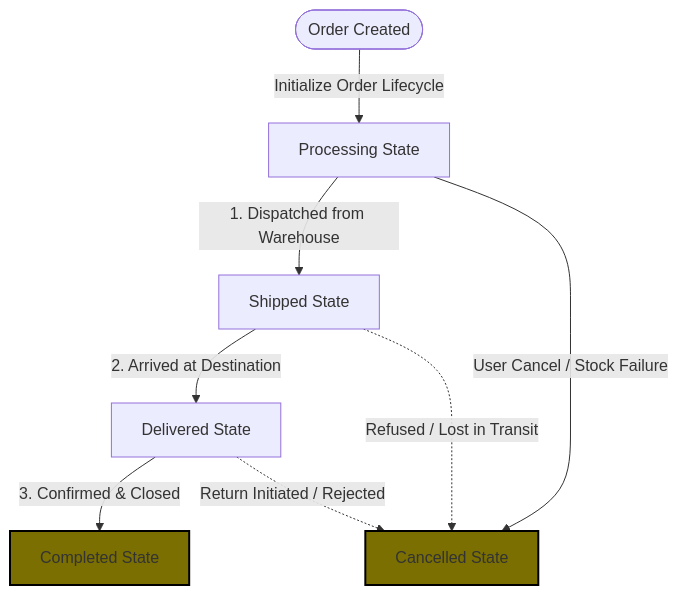
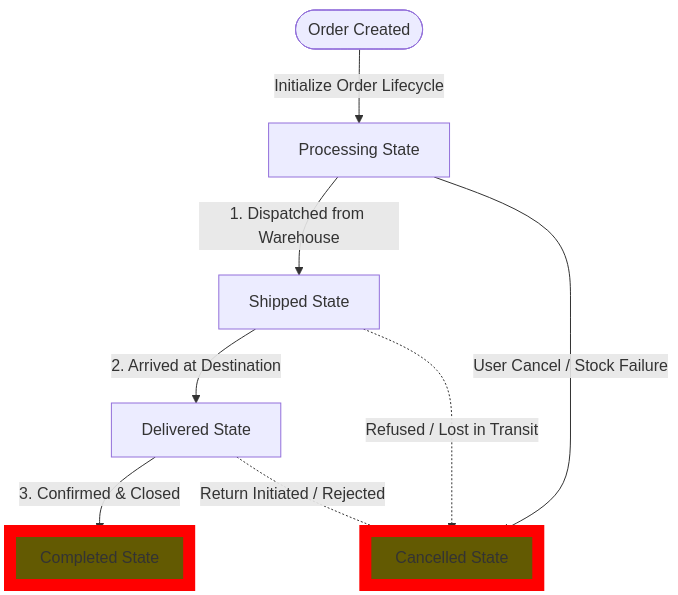
Before and after one commit to yewess97/Grace: the fifth of 11 diagrams in docs/11-project-workflow.md, drawn with Mermaid.

````diff
--- a/docs/11-project-workflow.md
+++ b/docs/11-project-workflow.md
@@ -204,26 +204,26 @@
 ```mermaid
 flowchart TD
     %% Nodes
     Start([Order Created])
     Proc[Processing State]
     Ship[Shipped State]
     Deliv[Delivered State]
     Comp[Completed State]
     Cancel[Cancelled State]
 
     %% Main Success Path (Happy Path)
     Start -->|Initialize Order Lifecycle| Proc
     Proc -->|1. Dispatched from Warehouse| Ship
     Ship -->|2. Arrived at Destination| Deliv
     Deliv -->|3. Confirmed & Closed| Comp
 
     %% Exception Handling (Cancellation Paths)
     Proc --->|User Cancel / Stock Failure| Cancel
     Ship -.->|Refused / Lost in Transit| Cancel
     Deliv -.->|Return Initiated / Rejected| Cancel
 
     %% Terminal States Styling Context
-    classDef terminal fill:#7a6f00,stroke:#000000,stroke-width:2px;
+    classDef terminal fill:#635a02,stroke:#ff0000,stroke-width:12px;
     class Comp terminal;
     class Cancel terminal;
 ```
````
